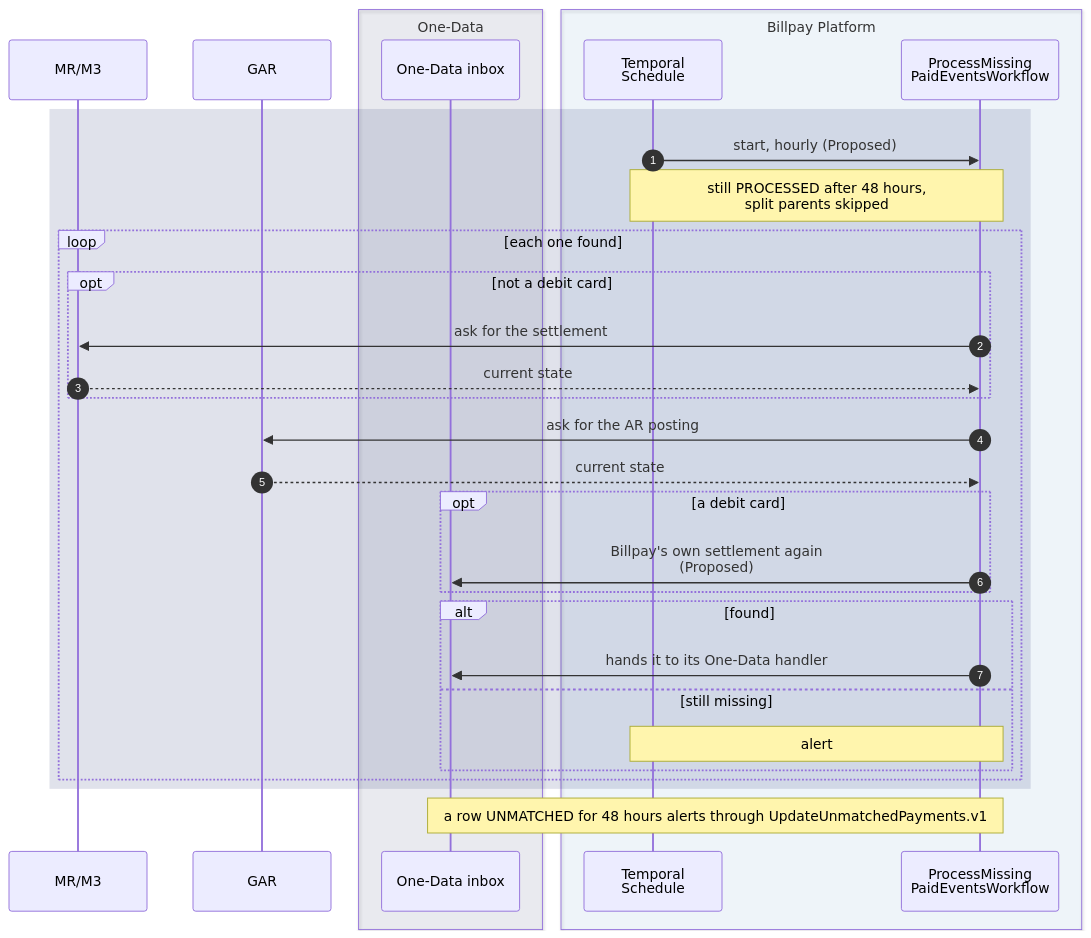
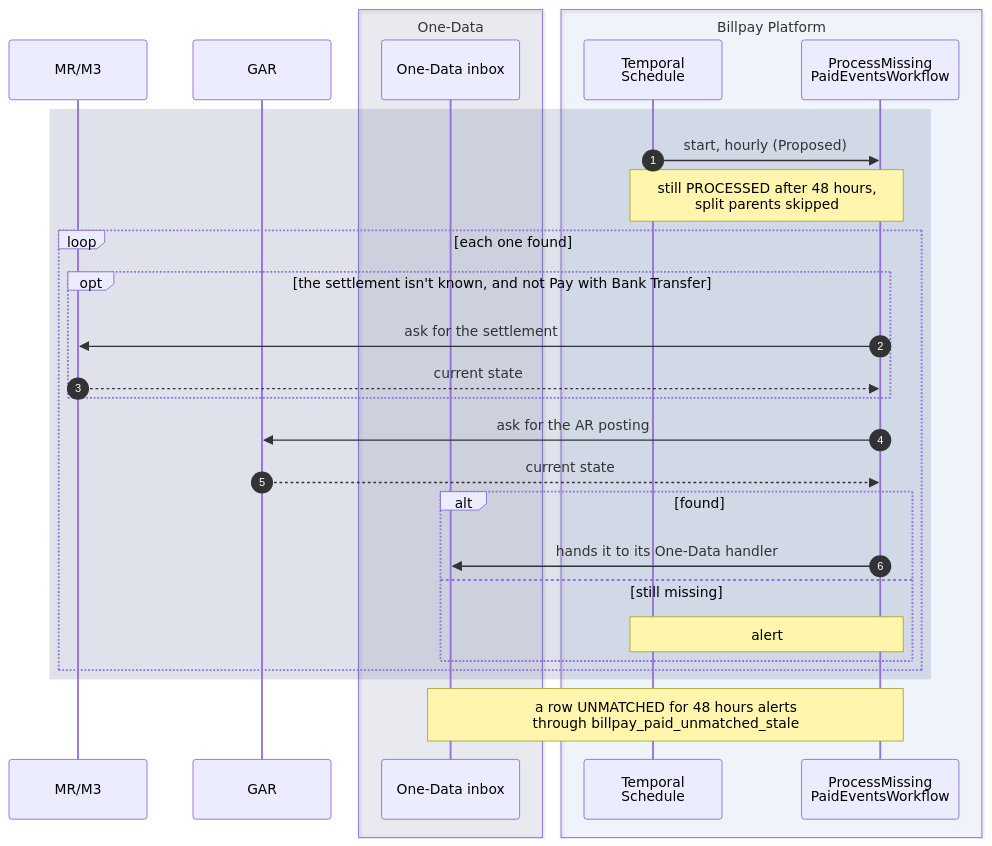
One commit to arunav-bhattacharya/billpay-book changed diagram 11 of 16 in website/docs/design/sequence-diagrams.md. Above: the diagram before and after it, drawn with Mermaid. The commit also changed other lines of this file and 41 other files, not shown here.

First line of the commit message:
Build decisions of 2026-11-24: Billpay pairs PAID, JDBC inbox, known settlements

````diff
--- a/website/docs/design/sequence-diagrams.md
+++ b/website/docs/design/sequence-diagrams.md
@@ -613,44 +614,41 @@
 ```mermaid
 ---
 config:
   fontFamily: "BentonSansUI, Helvetica, Arial, sans-serif"
   fontSize: 15
 ---
 sequenceDiagram
   autonumber
 
   participant MM as MR/M3
   participant GAR
 
   box rgba(0,23,90,0.07) One-Data
     participant IN as One-Data inbox
   end
 
   box rgba(0,111,207,0.05) Billpay Platform
     participant SCH as Temporal<br/>Schedule
     participant WF as ProcessMissing<br/>PaidEventsWorkflow
   end
 
   rect rgba(0,23,90,0.12)
     SCH->>WF: start, hourly (Proposed)
     Note over SCH,WF: still PROCESSED after 48 hours,<br/>split parents skipped
     loop each one found
-      opt not a debit card
+      opt the settlement isn't known, and not Pay with Bank Transfer
         WF->>MM: ask for the settlement
         MM-->>WF: current state
       end
       WF->>GAR: ask for the AR posting
       GAR-->>WF: current state
-      opt a debit card
-        WF->>IN: Billpay's own settlement again<br/>(Proposed)
-      end
       alt found
         WF->>IN: hands it to its One-Data handler
       else still missing
         Note over SCH,WF: alert
       end
     end
   end
 
-  Note over IN,WF: a row UNMATCHED for 48 hours alerts through UpdateUnmatchedPayments.v1
+  Note over IN,WF: a row UNMATCHED for 48 hours alerts<br/>through billpay_paid_unmatched_stale
 ```
````
